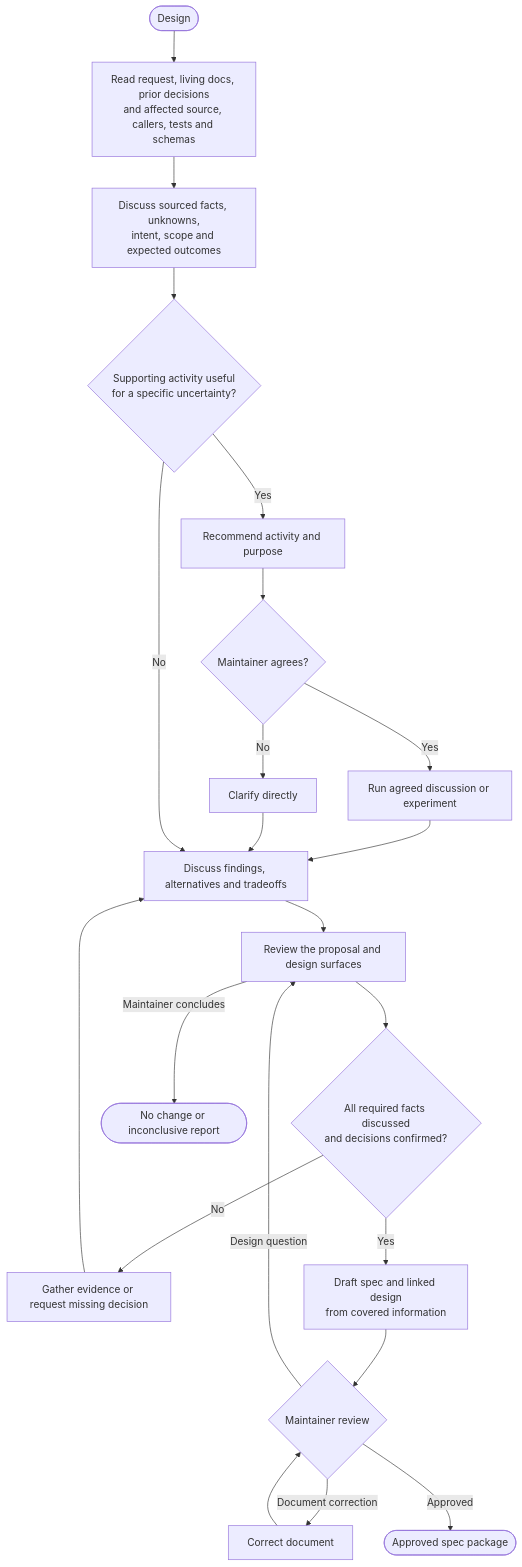
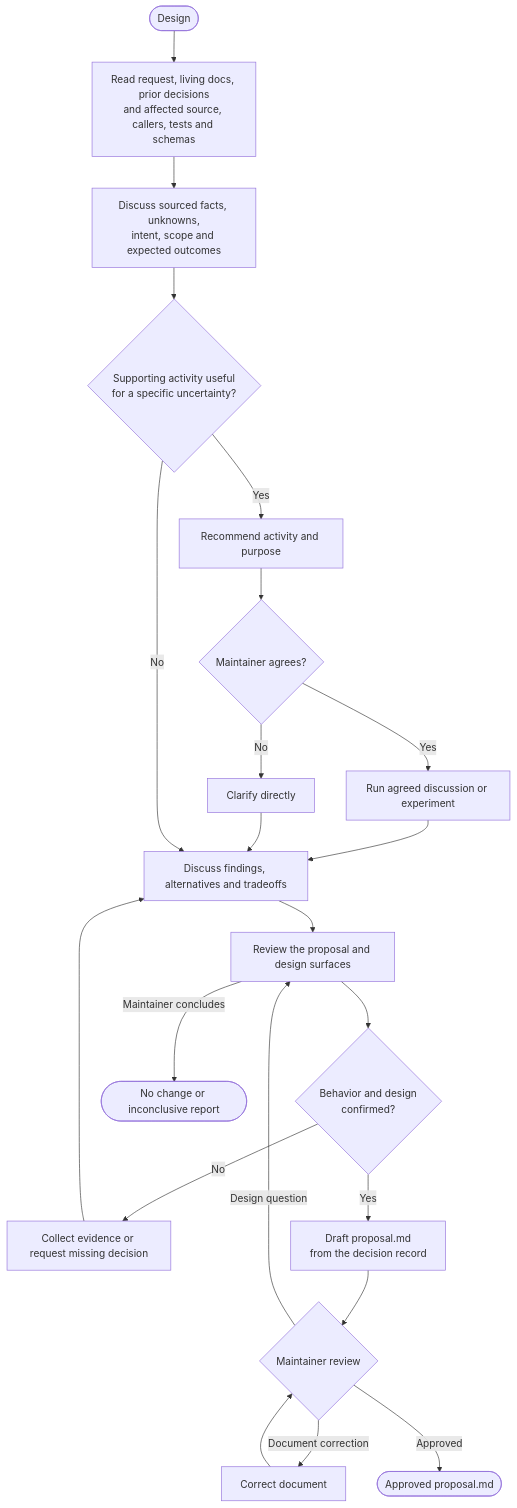
The diagram in .agents/skills/sdd/discovery.md (cosminci/agentic-workflows), drawn with Mermaid before and after one commit. The commit also changed other lines of this file and 13 other files, not shown here.

````diff
--- a/.agents/skills/sdd/discovery.md
+++ b/.agents/skills/sdd/discovery.md
@@ -13,33 +13,33 @@
 ```mermaid
 flowchart TD
     Start(["Design"])
     Read["Read request, living docs, prior decisions<br/>and affected source, callers, tests and schemas"]
     Evidence["Discuss sourced facts, unknowns,<br/>intent, scope and expected outcomes"]
     Need{"Supporting activity useful<br/>for a specific uncertainty?"}
     Offer["Recommend activity and purpose"]
     Agree{"Maintainer agrees?"}
     Activity["Run agreed discussion or experiment"]
     Direct["Clarify directly"]
     Findings["Discuss findings, alternatives and tradeoffs"]
     Review["Review the proposal and design surfaces"]
-    Decisions{"All required facts discussed<br/>and decisions confirmed?"}
-    More["Gather evidence or request missing decision"]
-    Draft["Draft spec and linked design<br/>from covered information"]
+    Decisions{"Behavior and design<br/>confirmed?"}
+    More["Collect evidence or request missing decision"]
+    Draft["Draft proposal.md<br/>from the decision record"]
     Check{"Maintainer review"}
     Correct["Correct document"]
-    Ready(["Approved spec package"])
+    Ready(["Approved proposal.md"])
     Report(["No change or inconclusive report"])
 
     Start --> Read --> Evidence --> Need
     Need -->|Yes| Offer --> Agree
     Agree -->|Yes| Activity --> Findings
     Agree -->|No| Direct --> Findings
     Need -->|No| Findings
     Findings --> Review --> Decisions
     Decisions -->|No| More --> Findings
     Decisions -->|Yes| Draft --> Check
     Check -->|Document correction| Correct --> Check
     Check -->|Design question| Review
     Check -->|Approved| Ready
     Review -->|Maintainer concludes| Report
 ```
````
